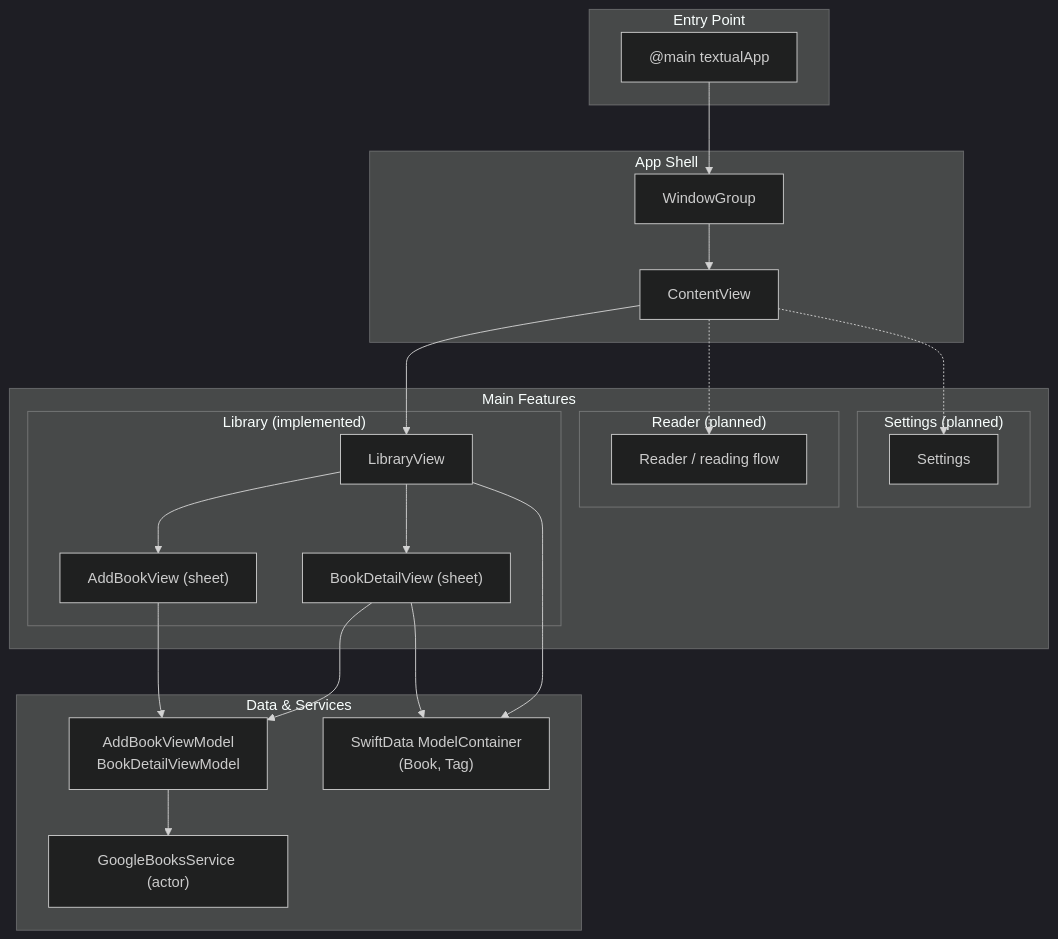
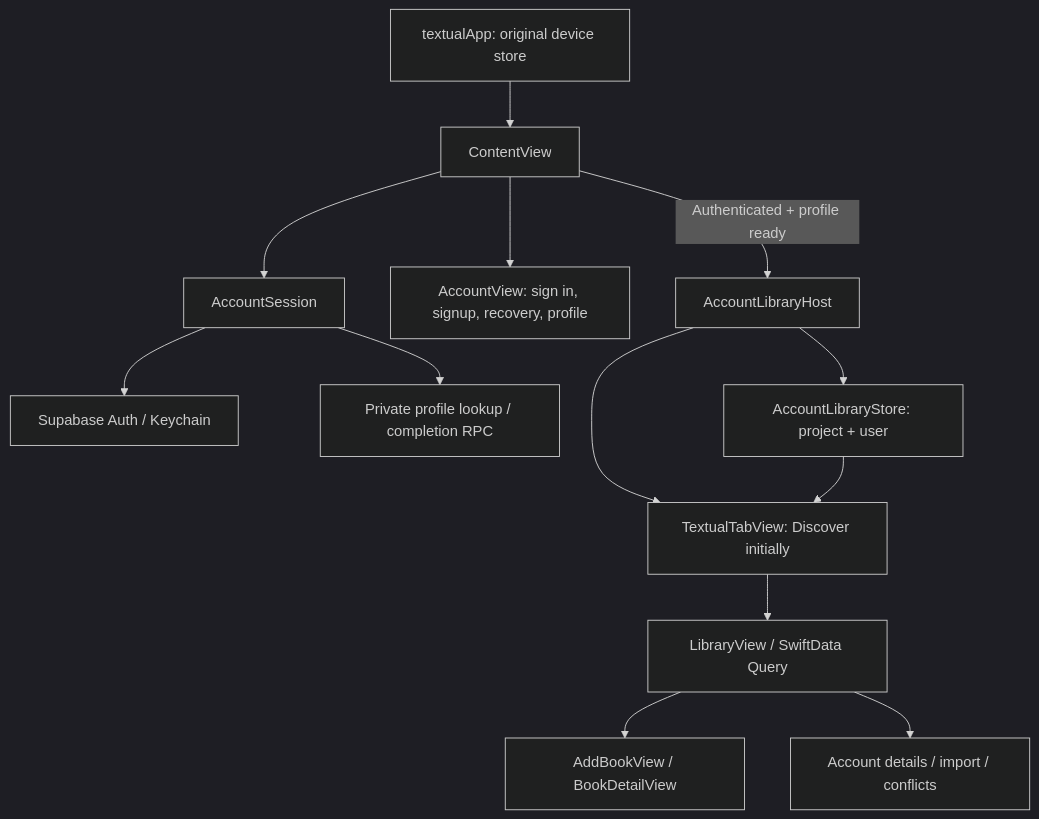
One commit to xorkiki/textual changed the first of 2 diagrams in ARCHITECTURE.md. Above: the diagram before and after it, drawn with Mermaid (dark theme). The commit also changed other lines of this file and 38 other files, not shown here.

Commit message:
Add account-backed archives, onboarding, and StoryGraph import

````diff
--- a/ARCHITECTURE.md
+++ b/ARCHITECTURE.md
@@ -7,45 +7,15 @@
 ```mermaid
 flowchart TB
-    subgraph entry["Entry Point"]
-        A["@main textualApp"]
-    end
-
-    subgraph app["App Shell"]
-        B["WindowGroup"]
-        C["ContentView"]
-    end
-
-    subgraph features["Main Features"]
-        subgraph library["Library (implemented)"]
-            D["LibraryView"]
-            E["AddBookView (sheet)"]
-            F["BookDetailView (sheet)"]
-        end
-        subgraph reader["Reader (planned)"]
-            G["Reader / reading flow"]
-        end
-        subgraph settings["Settings (planned)"]
-            H["Settings"]
-        end
-    end
-
-    subgraph data["Data & Services"]
-        I["SwiftData ModelContainer\n(Book, Tag)"]
-        J["GoogleBooksService (actor)"]
-        K["AddBookViewModel\nBookDetailViewModel"]
-    end
-
-    A --> B
-    B --> C
-    C --> D
-    D --> E
-    D --> F
-    C -.-> G
-    C -.-> H
-
-    D --> I
-    E --> K
-    F --> K
-    K --> J
-    F --> I
+    A["textualApp: original device store"] --> B["ContentView"]
+    B --> C["AccountSession"]
+    C --> D["Supabase Auth / Keychain"]
+    C --> E["Private profile lookup / completion RPC"]
+    B --> F["AccountView: sign in, signup, recovery, profile"]
+    B -->|"Authenticated + profile ready"| G["AccountLibraryHost"]
+    G --> H["AccountLibraryStore: project + user"]
+    G --> T["TextualTabView: Discover initially"]
+    H --> T
+    T --> I["LibraryView / SwiftData Query"]
+    I --> J["AddBookView / BookDetailView"]
+    I --> K["Account details / import / conflicts"]
 ```
````
